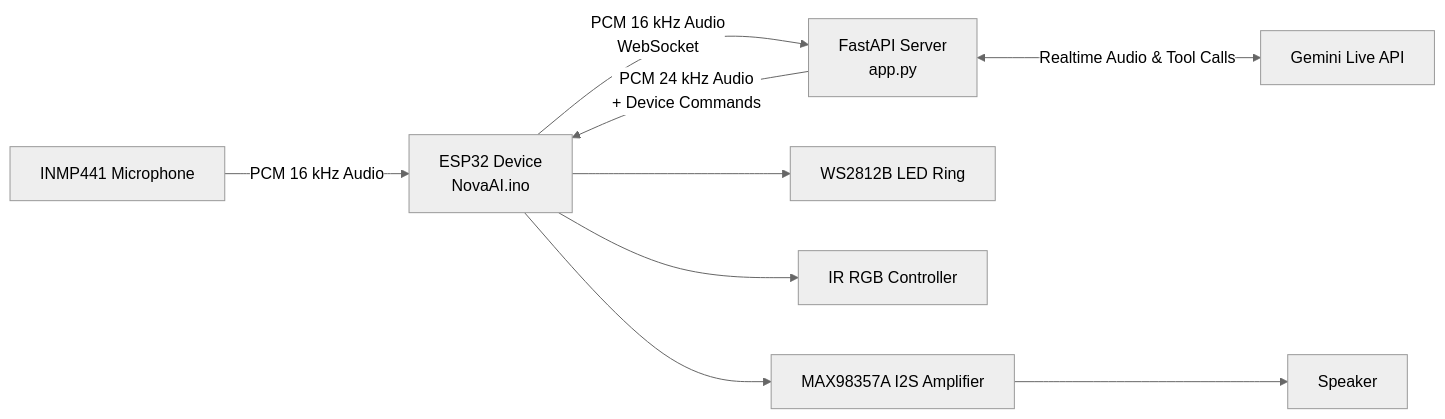
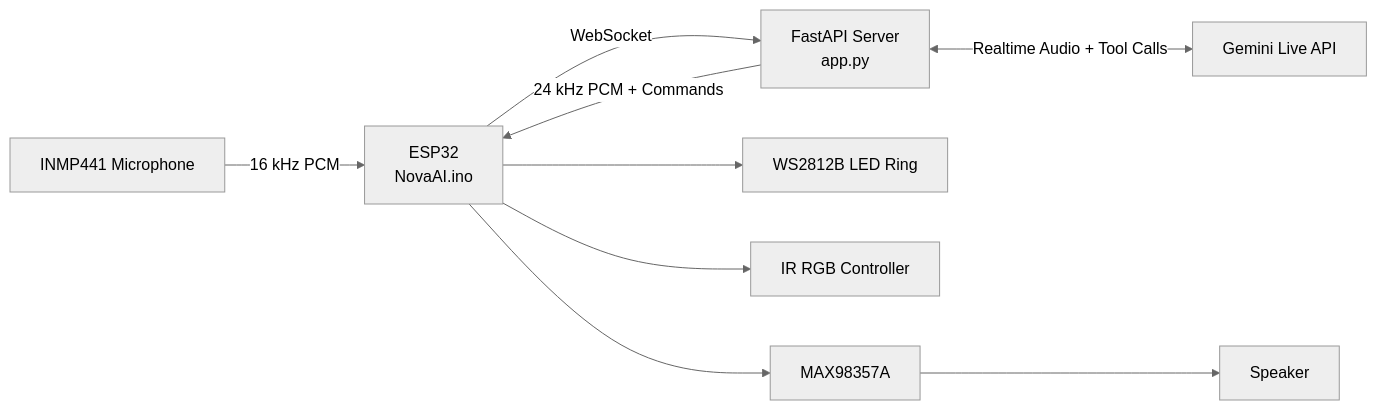
One commit to madebyparth/nova-ai changed the diagram in README.md. Above: the diagram before and after it, drawn with Mermaid (neutral theme). The commit also changed other lines of this file, not shown here.

````diff
--- a/README.md
+++ b/README.md
@@ -58,23 +341,23 @@
-``` mermaid
+```mermaid
 flowchart LR
 
 Mic["INMP441 Microphone"]
-ESP32["ESP32 Device<br/>NovaAI.ino"]
-Amp["MAX98357A I2S Amplifier"]
+ESP32["ESP32<br/>NovaAI.ino"]
+Amp["MAX98357A"]
 Speaker["Speaker"]
 LED["WS2812B LED Ring"]
 IR["IR RGB Controller"]
 
 Server["FastAPI Server<br/>app.py"]
 Gemini["Gemini Live API"]
 
-Mic -->|PCM 16 kHz Audio| ESP32
-ESP32 -->|PCM 16 kHz Audio<br/>WebSocket| Server
-Server <-->|Realtime Audio & Tool Calls| Gemini
-Server -->|PCM 24 kHz Audio<br/>+ Device Commands| ESP32
+Mic -->|16 kHz PCM| ESP32
+ESP32 -->|WebSocket| Server
+Server <-->|Realtime Audio + Tool Calls| Gemini
+Server -->|24 kHz PCM + Commands| ESP32
 
 ESP32 --> Amp
 Amp --> Speaker
 ESP32 --> LED
 ESP32 --> IR
 ```
````
